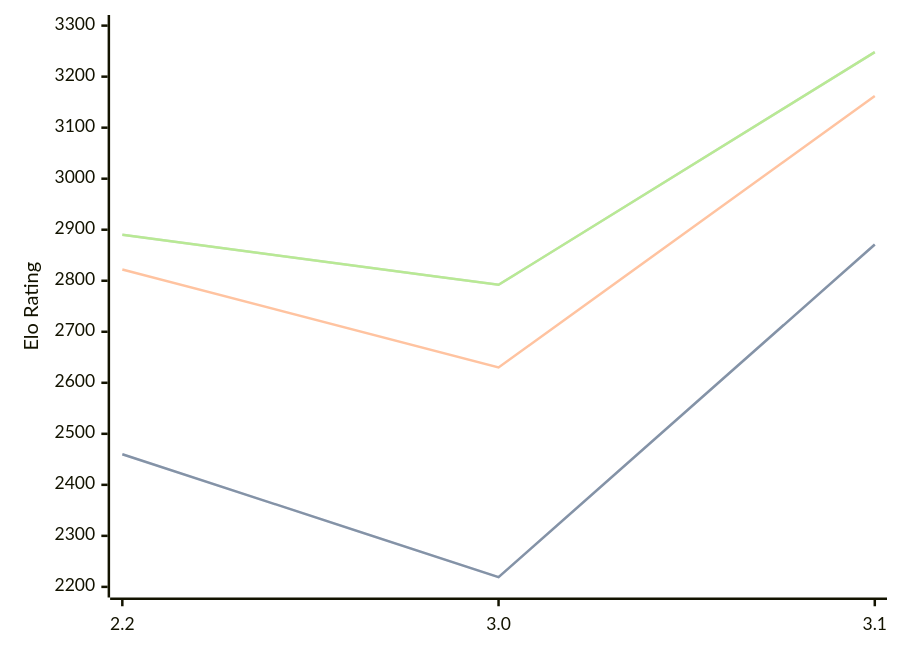
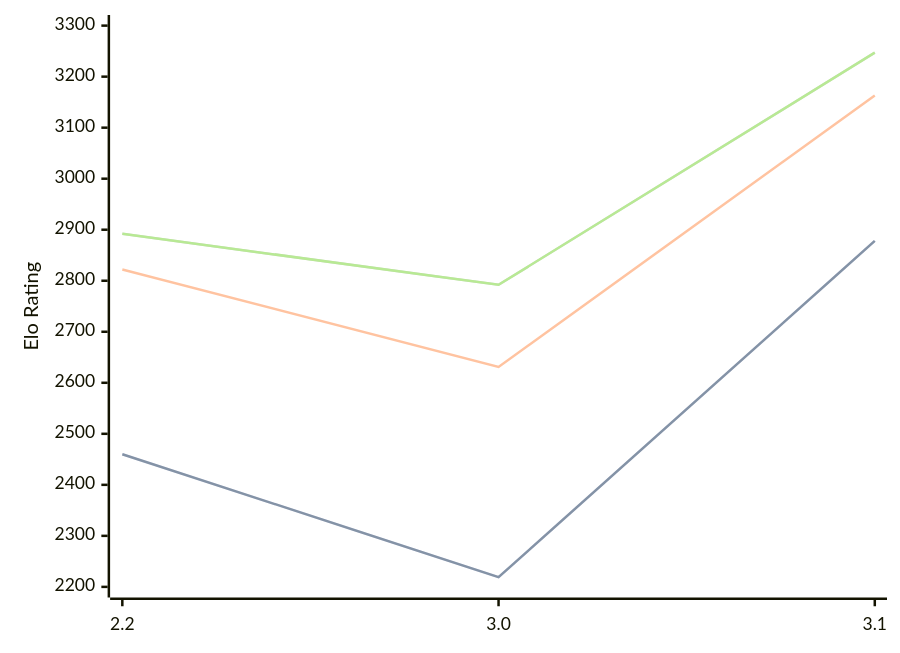
One commit to computer-chess-index/cci changed the diagram in engines/Thrawn.md. Above: the diagram before and after it, drawn with Mermaid. The commit also changed other lines of this file, not shown here.

Commit message:
Update CCI Ratings (ELO VLTC) - 2026-07-26

````diff
--- a/engines/Thrawn.md
+++ b/engines/Thrawn.md
@@ -41,11 +41,11 @@
 ```mermaid
 %%{init: {"theme":"base","themeVariables":{"seriesColors:['#a3a3a3','#222221','#faa371']}}}%%
 xychart-beta
   x-axis ["2.2", "3.0", "3.1"]
   y-axis "Elo Rating" 2200 --> 3300
-  line "STC (8.0+0.08s)" [2460, 2219, 2871]
-  line "STC (8.0+0.08s)" [2460, 2219, 2871]
-  line "LTC (60.0+0.60s)" [2822, 2630, 3162]
-  line "VLTC (2m24s+1.12s)" [2890, 2792, 3248]
-  line "VLTC (2m24s+1.12s)" [2890, 2792, 3248]
+  line "STC (8.0+0.08s)" [2460, 2219, 2878]
+  line "STC (8.0+0.08s)" [2460, 2219, 2878]
+  line "LTC (60.0+0.60s)" [2822, 2631, 3163]
+  line "VLTC (2m24s+1.12s)" [2892, 2792, 3247]
+  line "VLTC (2m24s+1.12s)" [2892, 2792, 3247]
 ```
````
